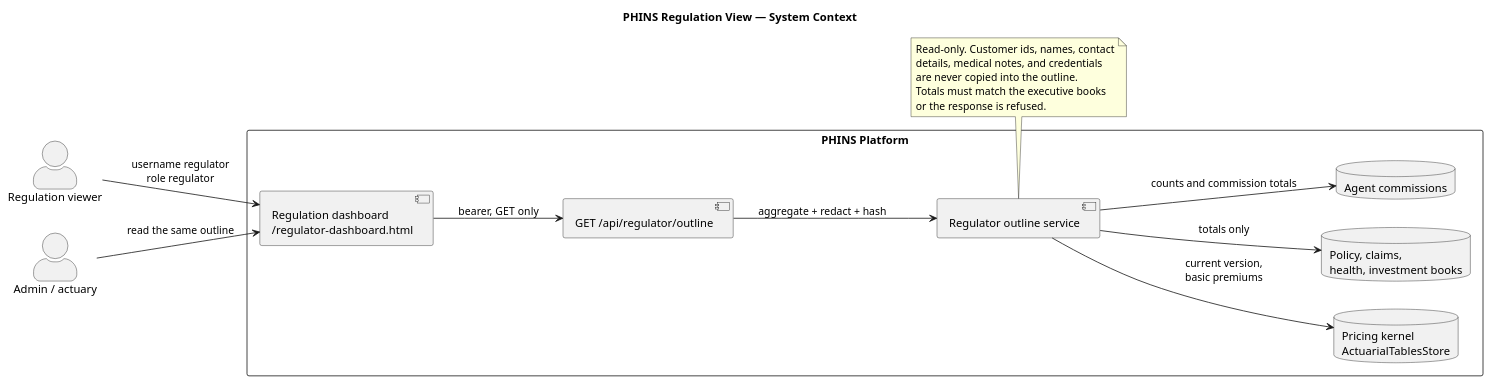
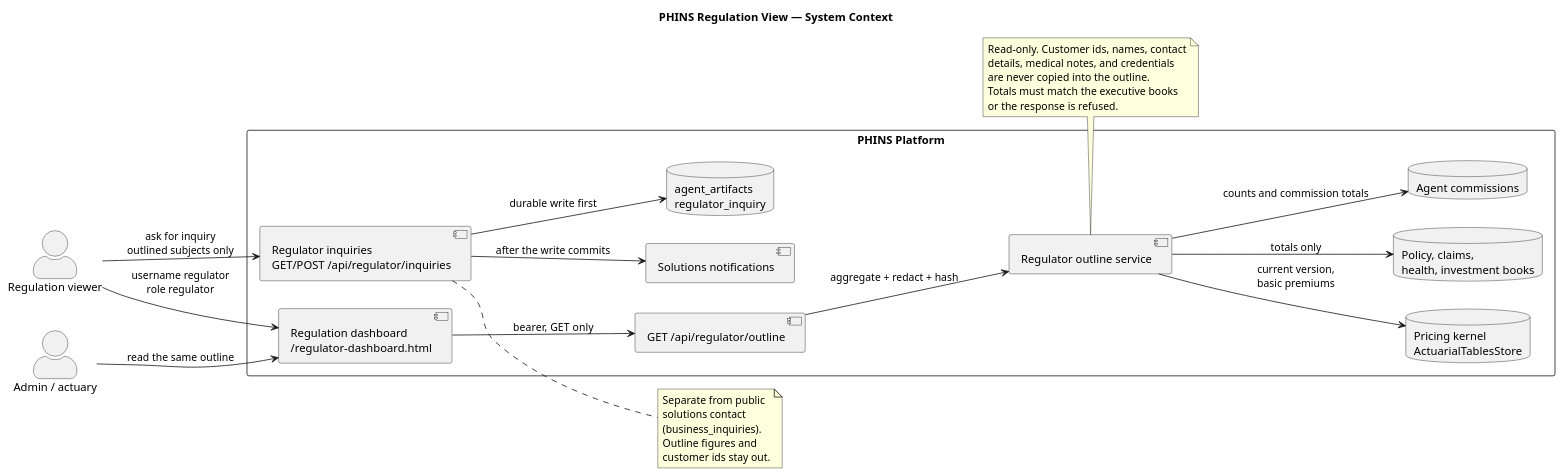
One commit to ashuryasaf/phins changed the first of 4 diagrams in docs/uml/regulator_view.puml. Above: the diagram before and after it, drawn with PlantUML. The commit also changed other lines of this file and 7 other files, not shown here.

First line of the commit message:
Add a regulator inquiry path separate from solutions contact.

```diff
--- a/docs/uml/regulator_view.puml
+++ b/docs/uml/regulator_view.puml
@@ -12,34 +12,47 @@
 @startuml regulator_view_context
 title PHINS Regulation View — System Context
 
 left to right direction
 skinparam actorStyle awesome
 
 actor "Regulation viewer" as Regulator
 actor "Admin / actuary" as Staff
 
 rectangle "PHINS Platform" {
   component "Regulation dashboard\n/regulator-dashboard.html" as Dash
   component "GET /api/regulator/outline" as API
+  component "Regulator inquiries\nGET/POST /api/regulator/inquiries" as Inq
+  component "Solutions notifications" as Mail
   component "Regulator outline service" as Svc
+  database "agent_artifacts\nregulator_inquiry" as Art
   database "Pricing kernel\nActuarialTablesStore" as Kernel
   database "Policy, claims,\nhealth, investment books" as Books
   database "Agent commissions" as Agents
 }
 
 Regulator --> Dash : username regulator\nrole regulator
 Staff --> Dash : read the same outline
 Dash --> API : bearer, GET only
+Regulator --> Inq : ask for inquiry\noutlined subjects only
+Inq --> Art : durable write first
+Inq --> Mail : after the write commits
+note right of Inq
+  Separate from public
+  solutions contact
+  (business_inquiries).
+  Outline figures and
+  customer ids stay out.
+end note
 API --> Svc : aggregate + redact + hash
 Svc --> Kernel : current version,\nbasic premiums
 Svc --> Books : totals only
 Svc --> Agents : counts and commission totals
 
 note bottom of Svc
   Read-only. Customer ids, names, contact
   details, medical notes, and credentials
   are never copied into the outline.
   Totals must match the executive books
   or the response is refused.
 end note
 @enduml
```
